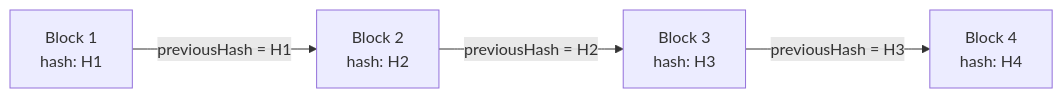
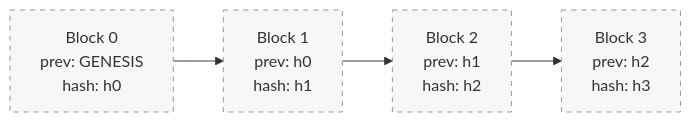
Diagram 13 of 13 in README.md (sakshi048/consent-chain), drawn with Mermaid before and after one commit. The commit also changed other lines of this file, not shown here.

````diff
--- a/README.md
+++ b/README.md
@@ -471,6 +700,7 @@
 ```mermaid
 flowchart LR
-    B1["Block 1<br/>hash: H1"] -->|previousHash = H1| B2["Block 2<br/>hash: H2"]
-    B2 -->|previousHash = H2| B3["Block 3<br/>hash: H3"]
-    B3 -->|previousHash = H3| B4["Block 4<br/>hash: H4"]
+    G["Block 0<br/>prev: GENESIS<br/>hash: h0"] --> B1["Block 1<br/>prev: h0<br/>hash: h1"] --> B2["Block 2<br/>prev: h1<br/>hash: h2"] --> B3["Block 3<br/>prev: h2<br/>hash: h3"]
+
+    classDef planned fill:#f7f7f7,stroke:#999,stroke-dasharray: 5 5,color:#333;
+    class G,B1,B2,B3 planned;
 ```
````
